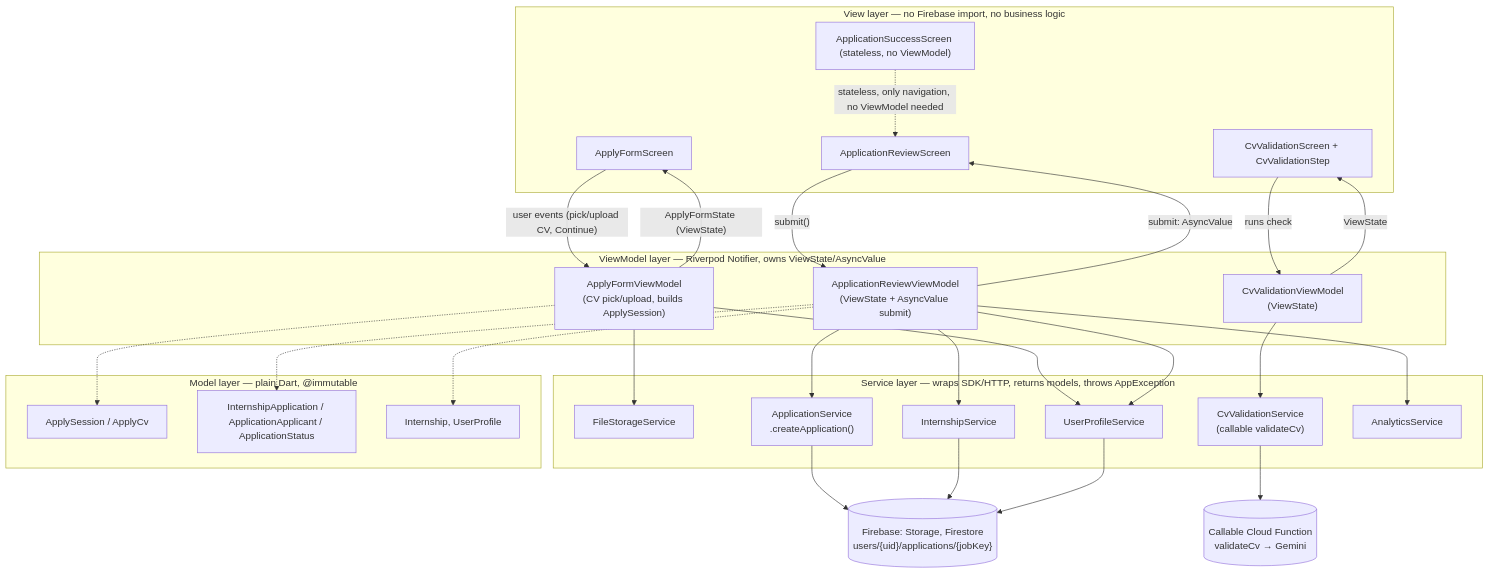
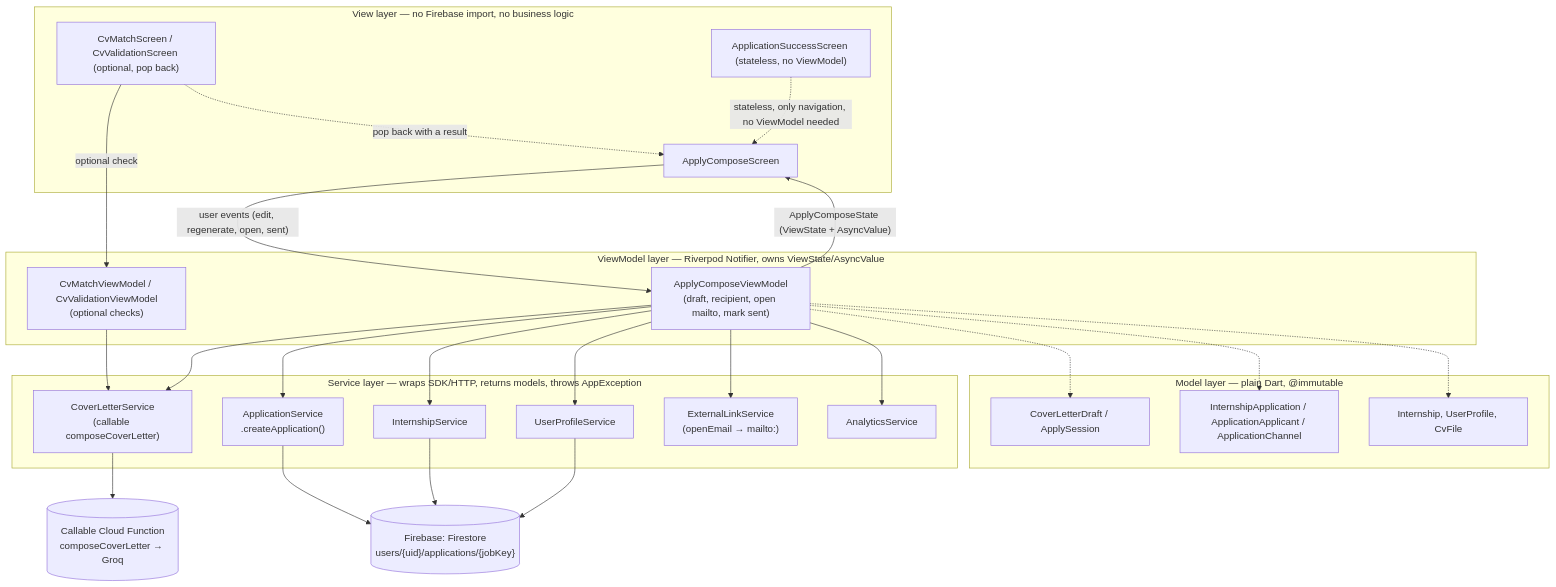
Before and after one commit to lamtailoi2/prm323_lab3: the first of 2 diagrams in docs/records/apply-flow-mvvm-architecture.md, drawn with Mermaid. The commit also changed other lines of this file and 56 other files, not shown here.

Commit message:
feat: add email-based application compose flow and cover letter cloud functions

````diff
--- a/docs/records/apply-flow-mvvm-architecture.md
+++ b/docs/records/apply-flow-mvvm-architecture.md
@@ -49,59 +59,54 @@
 ```mermaid
 flowchart TB
     subgraph View["View layer — no Firebase import, no business logic"]
-        AF["ApplyFormScreen"]
-        CVS["CvValidationScreen + CvValidationStep"]
-        ARS["ApplicationReviewScreen"]
+        AC["ApplyComposeScreen"]
+        CVS["CvMatchScreen / CvValidationScreen (optional, pop back)"]
         ASS["ApplicationSuccessScreen (stateless, no ViewModel)"]
     end
 
     subgraph ViewModel["ViewModel layer — Riverpod Notifier, owns ViewState/AsyncValue"]
-        AFVM["ApplyFormViewModel\n(CV pick/upload, builds ApplySession)"]
-        CVVM["CvValidationViewModel\n(ViewState<CvValidationResult>)"]
-        ARVM["ApplicationReviewViewModel\n(ViewState<Internship> + AsyncValue<void> submit)"]
+        ACVM["ApplyComposeViewModel\n(draft, recipient, open mailto, mark sent)"]
+        CVVM["CvMatchViewModel / CvValidationViewModel\n(optional checks)"]
     end
 
     subgraph Service["Service layer — wraps SDK/HTTP, returns models, throws AppException"]
-        FSS["FileStorageService"]
-        UPS["UserProfileService"]
-        CVVS["CvValidationService\n(callable validateCv)"]
+        CLS["CoverLetterService\n(callable composeCoverLetter)"]
         APPS["ApplicationService\n.createApplication()"]
         ISV["InternshipService"]
+        UPS["UserProfileService"]
+        ELS["ExternalLinkService\n(openEmail → mailto:)"]
         ANS["AnalyticsService"]
     end
 
     subgraph Model["Model layer — plain Dart, @immutable"]
-        M1["ApplySession / ApplyCv"]
-        M2["InternshipApplication / ApplicationApplicant / ApplicationStatus"]
-        M3["Internship, UserProfile"]
+        M1["CoverLetterDraft / ApplySession"]
+        M2["InternshipApplication / ApplicationApplicant / ApplicationChannel"]
+        M3["Internship, UserProfile, CvFile"]
     end
 
-    FB[("Firebase: Storage, Firestore\nusers/{uid}/applications/{jobKey}")]
-    FN[("Callable Cloud Function\nvalidateCv → Gemini")]
+    FB[("Firebase: Firestore\nusers/{uid}/applications/{jobKey}")]
+    FN[("Callable Cloud Function\ncomposeCoverLetter → Groq")]
 
-    AF -- "user events (pick/upload CV, Continue)" --> AFVM
-    AFVM -- "ApplyFormState (ViewState)" --> AF
-    AFVM --> FSS
-    AFVM --> UPS
-    AFVM -.-> M1
+    AC -- "user events (edit, regenerate, open, sent)" --> ACVM
+    ACVM -- "ApplyComposeState (ViewState + AsyncValue)" --> AC
+    ACVM --> CLS
+    ACVM --> APPS
+    ACVM --> ISV
+    ACVM --> UPS
+    ACVM --> ELS
+    ACVM --> ANS
+    ACVM -.-> M1
+    ACVM -.-> M2
+    ACVM -.-> M3
 
-    CVS -- "runs check" --> CVVM
-    CVVM -- "ViewState<CvValidationResult>" --> CVS
-    CVVM --> CVVS
-    CVVS --> FN
-
-    ARS -- "submit()" --> ARVM
-    ARVM -- "submit: AsyncValue<void>" --> ARS
-    ARVM --> APPS
-    ARVM --> ISV
-    ARVM --> UPS
-    ARVM --> ANS
-    ARVM -.-> M2
-    ARVM -.-> M3
-
+    CLS --> FN
     APPS --> FB
     ISV --> FB
     UPS --> FB
 
-    ASS -. "stateless, only navigation, no ViewModel needed" .-> ARS
+    CVS -- "optional check" --> CVVM
+    CVVM --> CLS
+    CVS -. "pop back with a result" .-> AC
+
+    ASS -. "stateless, only navigation, no ViewModel needed" .-> AC
 ```
````
